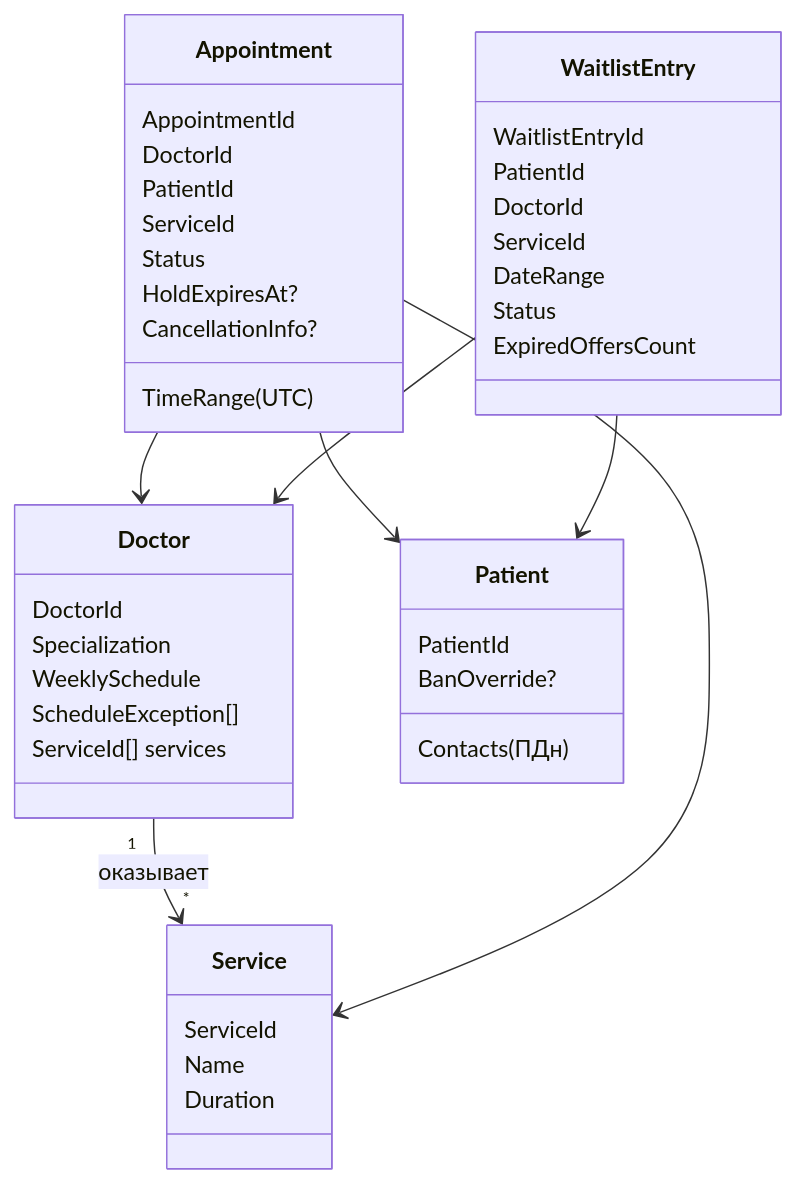
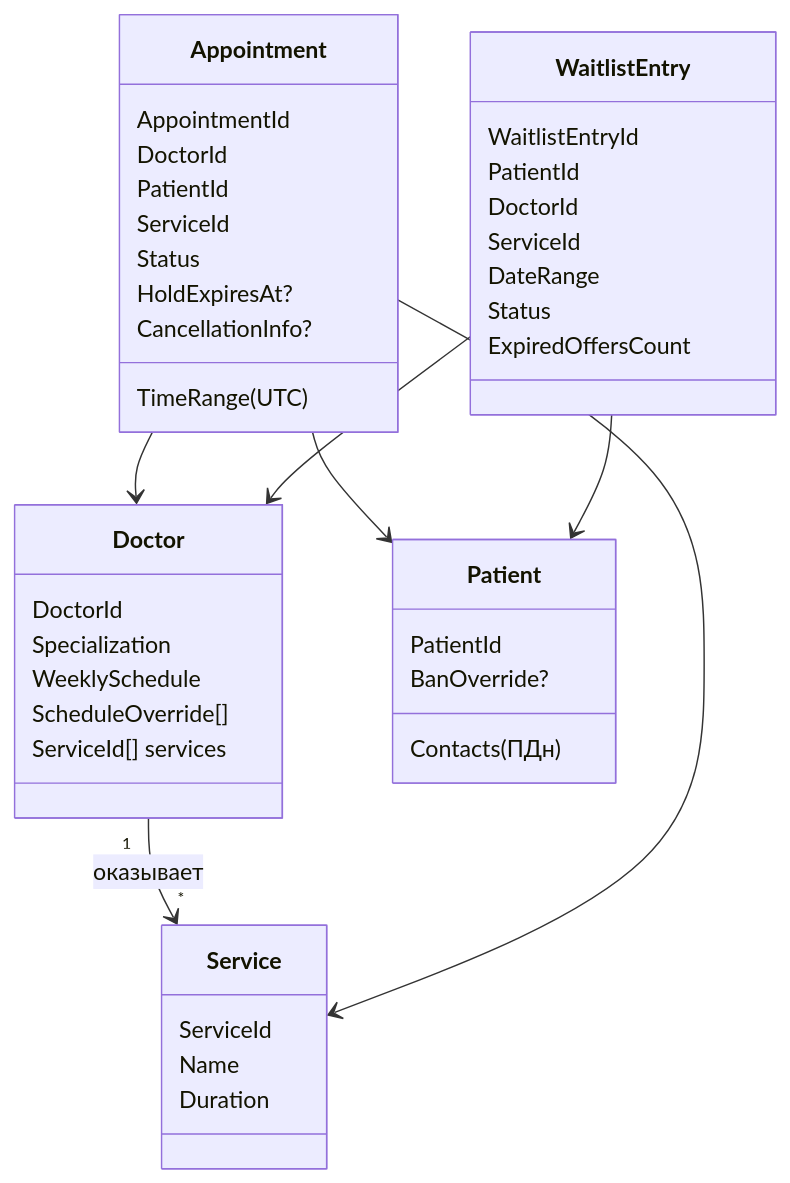
Before and after one commit to CaseyJohnson-RS/MedSlot: the first of 2 diagrams in docs/domain.md, drawn with Mermaid. The commit also changed other lines of this file and 37 other files, not shown here.

````diff
--- a/docs/domain.md
+++ b/docs/domain.md
@@ -44,45 +44,45 @@
 ```mermaid
 classDiagram
     class Doctor {
         DoctorId
         Specialization
         WeeklySchedule
-        ScheduleException[]
+        ScheduleOverride[]
         ServiceId[] services
     }
     class Service {
         ServiceId
         Name
         Duration
     }
     class Patient {
         PatientId
         Contacts (ПДн)
         BanOverride?
     }
     class Appointment {
         AppointmentId
         DoctorId
         PatientId
         ServiceId
         TimeRange (UTC)
         Status
         HoldExpiresAt?
         CancellationInfo?
     }
     class WaitlistEntry {
         WaitlistEntryId
         PatientId
         DoctorId
         ServiceId
         DateRange
         Status
         ExpiredOffersCount
     }
     Doctor "1" --> "*" Service : оказывает
     Appointment --> Doctor
     Appointment --> Patient
     Appointment --> Service
     WaitlistEntry --> Doctor
     WaitlistEntry --> Patient
 ```
````
